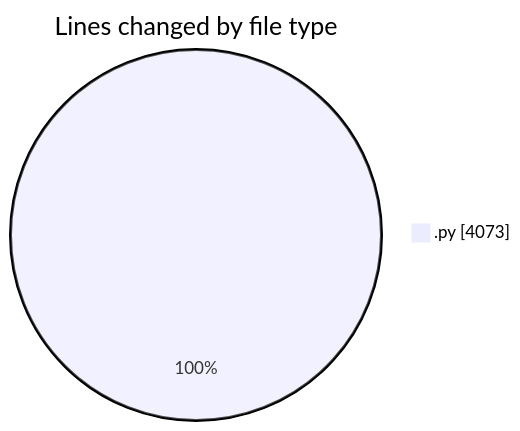
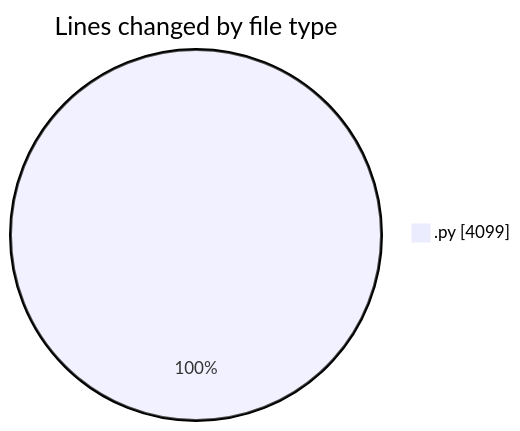
The first of 2 diagrams in 2025-11-14/eventscop-api-guide__workspace_/README.md (julien-gomy/code-tracking), drawn with Mermaid before and after one commit. The commit also changed other lines of this file and 1 other file, not shown here.

````diff
--- a/2025-11-14/eventscop-api-guide__workspace_/README.md
+++ b/2025-11-14/eventscop-api-guide__workspace_/README.md
@@ -24,5 +25,5 @@
 ```mermaid
 pie showData
 title Lines changed by file type
-".py" : 4073
+".py" : 4099
 ```
````
